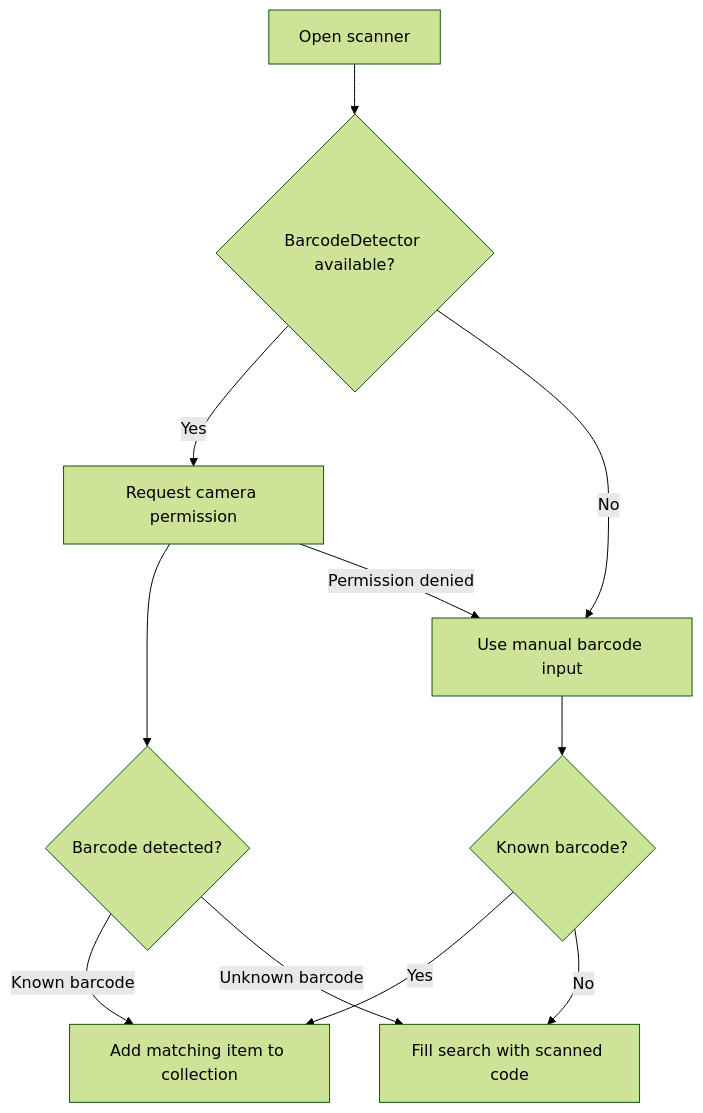
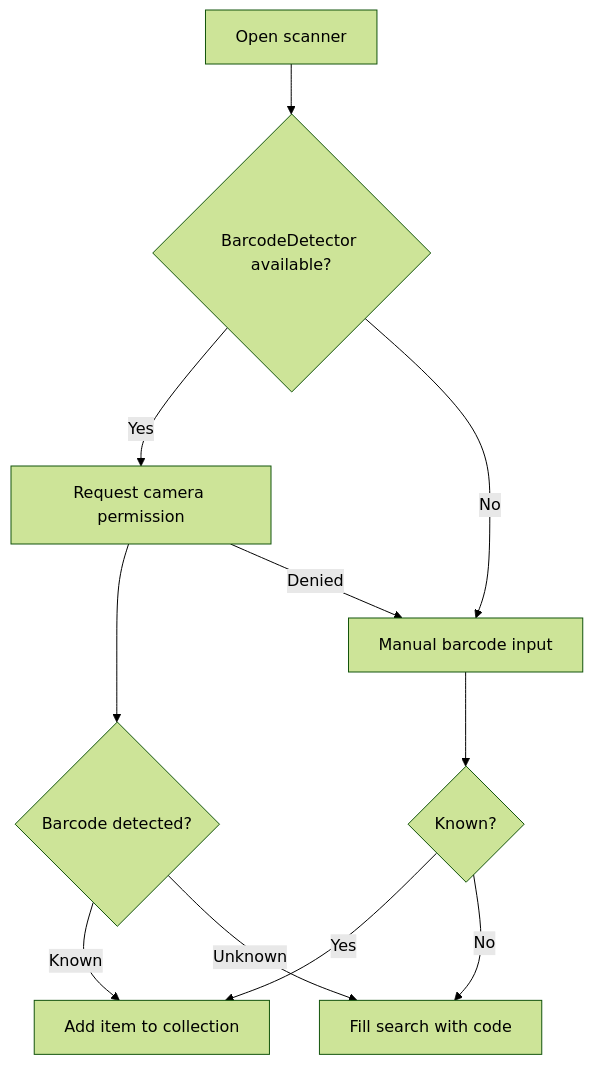
The diagram in docs/user-guide.md (ahhrealmonstr/lego-tracker), drawn with Mermaid (forest theme) before and after one commit. The commit also changed other lines of this file and 26 other files, not shown here.

````diff
--- a/docs/user-guide.md
+++ b/docs/user-guide.md
@@ -80,13 +90,13 @@
 ```mermaid
 flowchart TD
   A[Open scanner] --> B{BarcodeDetector available?}
   B -- Yes --> C[Request camera permission]
   C --> D{Barcode detected?}
-  D -- Known barcode --> E[Add matching item to collection]
-  D -- Unknown barcode --> F[Fill search with scanned code]
-  B -- No --> G[Use manual barcode input]
-  C -- Permission denied --> G
-  G --> H{Known barcode?}
+  D -- Known --> E[Add item to collection]
+  D -- Unknown --> F[Fill search with code]
+  B -- No --> G[Manual barcode input]
+  C -- Denied --> G
+  G --> H{Known?}
   H -- Yes --> E
   H -- No --> F
 ```
````
